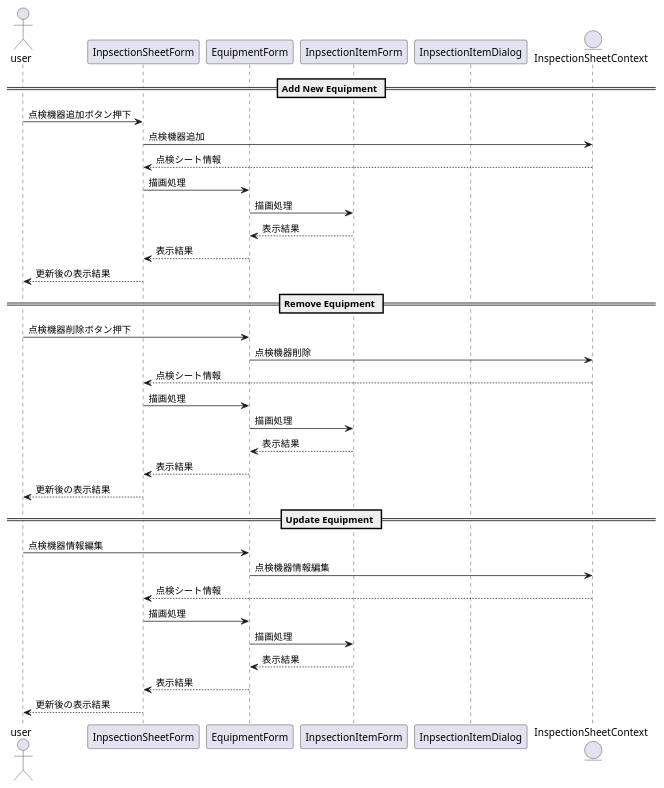
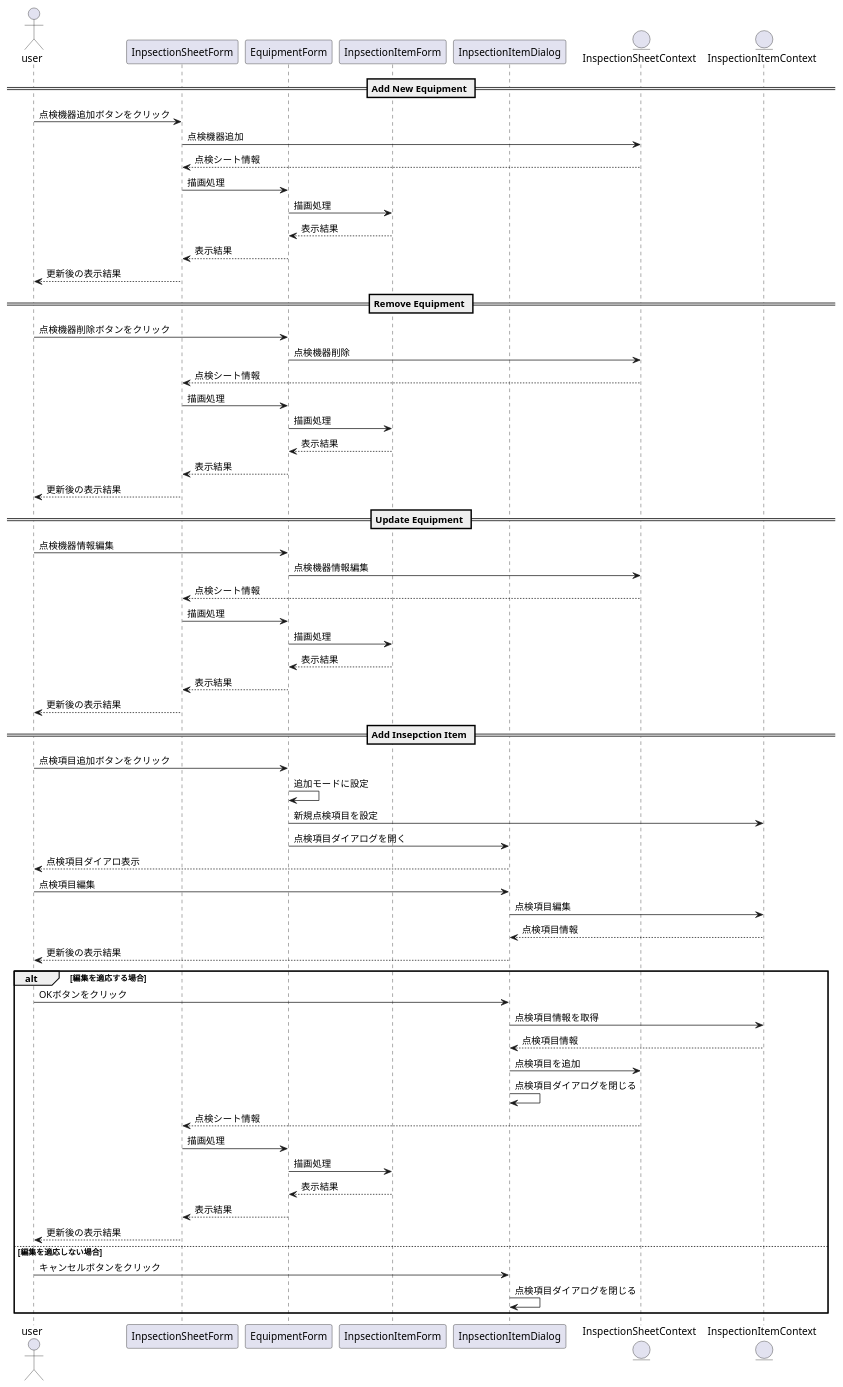
The diagram in docs/sequence-diagrams.puml (yasuaki-344/inspection-manager), drawn with PlantUML before and after one commit.

Commit message:
Add sequence for inspection item add

```diff
--- a/docs/sequence-diagrams.puml
+++ b/docs/sequence-diagrams.puml
@@ -1,40 +1,68 @@
 @startuml sequence-diagram
 
 actor user
 participant InpsectionSheetForm as sheetForm
 participant EquipmentForm as equipForm
 participant InpsectionItemForm as itemForm
 participant InpsectionItemDialog as itemDialog
 entity InspectionSheetContext as sheetContext
+entity InspectionItemContext as itemContext
 
 == Add New Equipment ==
-user -> sheetForm : 点検機器追加ボタン押下
+user -> sheetForm : 点検機器追加ボタンをクリック
 sheetForm -> sheetContext : 点検機器追加
 sheetForm <-- sheetContext : 点検シート情報
 sheetForm -> equipForm : 描画処理
 equipForm -> itemForm : 描画処理
 equipForm <-- itemForm : 表示結果
 sheetForm <-- equipForm : 表示結果
 user <-- sheetForm : 更新後の表示結果
 
 == Remove Equipment ==
-user -> equipForm : 点検機器削除ボタン押下
+user -> equipForm : 点検機器削除ボタンをクリック
 equipForm -> sheetContext : 点検機器削除
 sheetForm <-- sheetContext : 点検シート情報
 sheetForm -> equipForm : 描画処理
 equipForm -> itemForm : 描画処理
 equipForm <-- itemForm : 表示結果
 sheetForm <-- equipForm : 表示結果
 user <-- sheetForm : 更新後の表示結果
 
 == Update Equipment ==
 user -> equipForm : 点検機器情報編集
 equipForm -> sheetContext : 点検機器情報編集
 sheetForm <-- sheetContext : 点検シート情報
 sheetForm -> equipForm : 描画処理
 equipForm -> itemForm : 描画処理
 equipForm <-- itemForm : 表示結果
 sheetForm <-- equipForm : 表示結果
 user <-- sheetForm : 更新後の表示結果
 
+== Add Insepction Item ==
+user -> equipForm : 点検項目追加ボタンをクリック
+equipForm -> equipForm : 追加モードに設定
+equipForm -> itemContext : 新規点検項目を設定
+equipForm -> itemDialog : 点検項目ダイアログを開く
+user <-- itemDialog : 点検項目ダイアロ表示
+user ->  itemDialog : 点検項目編集
+itemDialog -> itemContext : 点検項目編集
+itemDialog <-- itemContext : 点検項目情報
+user <-- itemDialog : 更新後の表示結果
+alt 編集を適応する場合
+  user ->  itemDialog : OKボタンをクリック
+  itemDialog -> itemContext : 点検項目情報を取得
+  itemDialog <-- itemContext : 点検項目情報
+  itemDialog -> sheetContext : 点検項目を追加
+  itemDialog -> itemDialog : 点検項目ダイアログを閉じる
+  sheetForm <-- sheetContext : 点検シート情報
+  sheetForm -> equipForm : 描画処理
+  equipForm -> itemForm : 描画処理
+  equipForm <-- itemForm : 表示結果
+  sheetForm <-- equipForm : 表示結果
+  user <-- sheetForm : 更新後の表示結果
+else 編集を適応しない場合
+  user ->  itemDialog : キャンセルボタンをクリック
+  itemDialog -> itemDialog : 点検項目ダイアログを閉じる
+end
+
 @enduml
```
